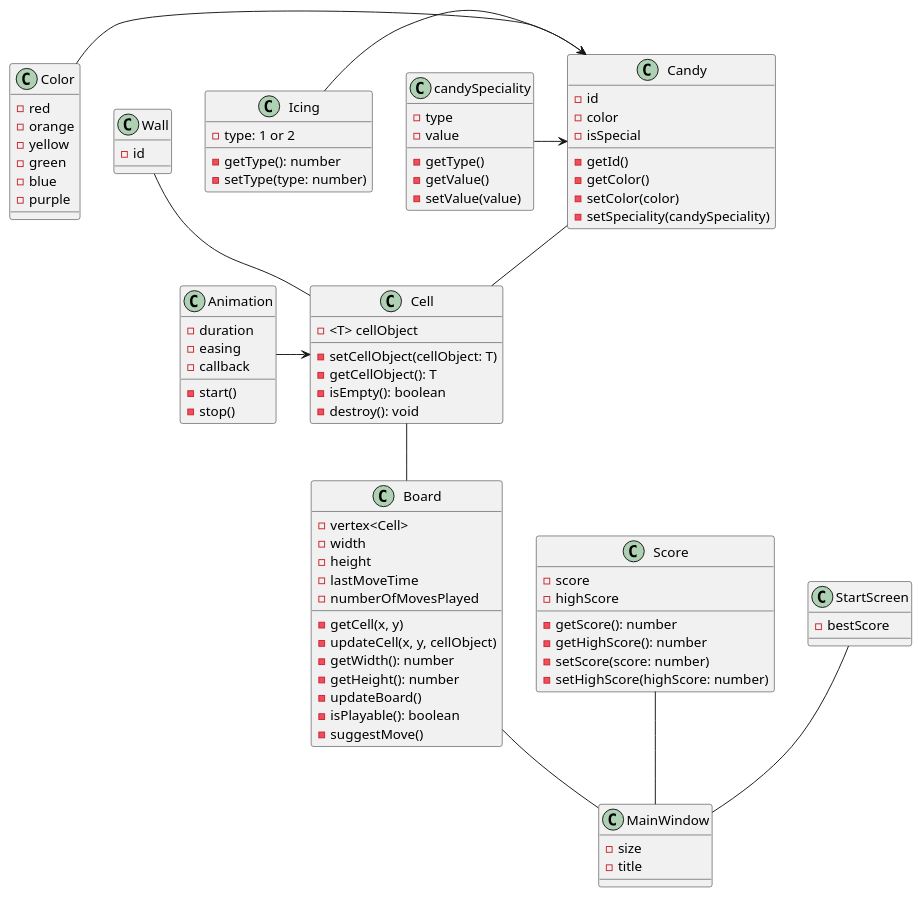
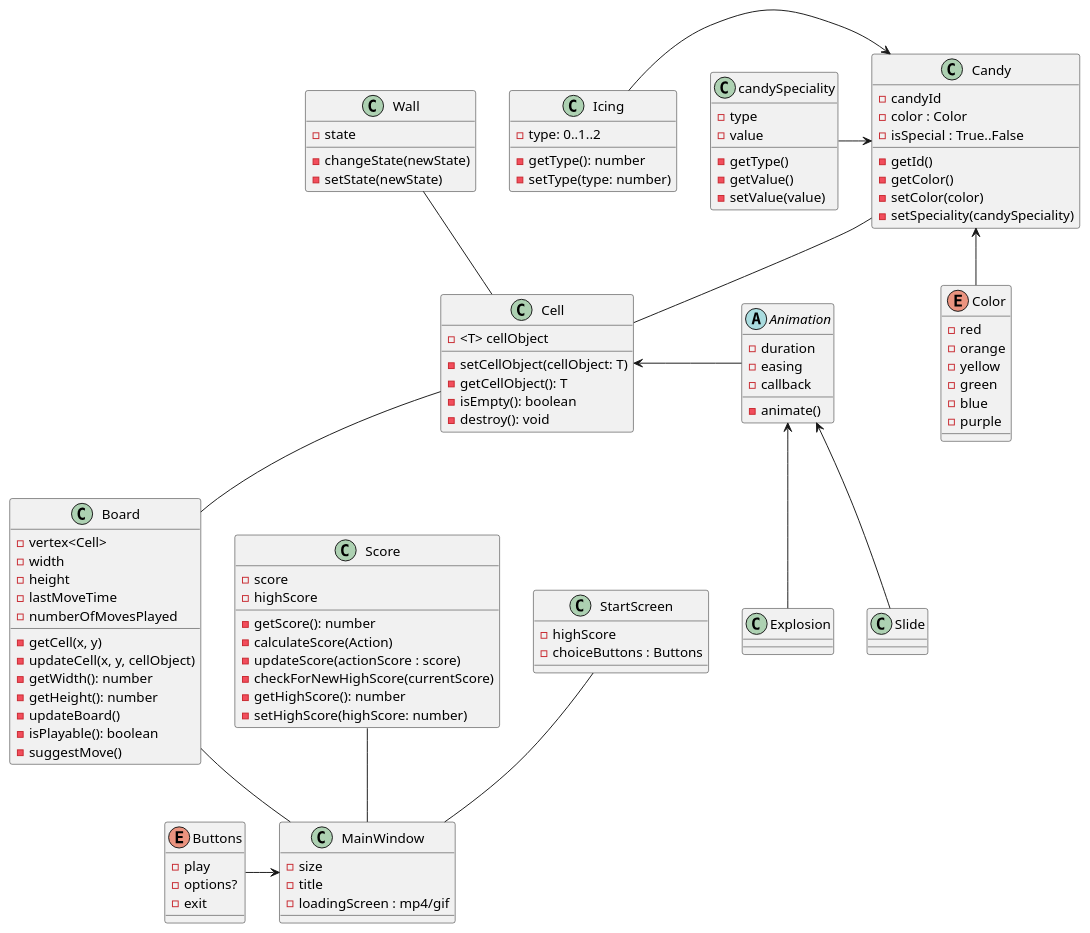
One commit to fnieri/Projet_LDP_2122 changed the diagram in UML_Diagrams/MainDiag.pu. Above: the diagram before and after it, drawn with PlantUML.

Commit message:
[EDIT] Edited clarity and representation of classes, added extra animation and buttons classes

```diff
--- a/UML_Diagrams/MainDiag.pu
+++ b/UML_Diagrams/MainDiag.pu
@@ -1,128 +1,157 @@
 @startuml LDP
 
 class MainWindow {
     'Fields
     - size
     - title
+    - loadingScreen : mp4/gif /' watch pdf '/
 }
 
 class Cell {
     'Fields
     - <T> cellObject
 
     'Methods
     - setCellObject(cellObject: T)
     - getCellObject(): T
     - isEmpty(): boolean
     - destroy(): void
 }
 
+
 class Candy {
     'Fields
-    - id
-    - color
-    - isSpecial
+    - candyId  /' candyId is more understandable'/
+    - color : Color
+    - isSpecial : True..False
 
     'Methods
     - getId()
     - getColor()
     - setColor(color)
     - setSpeciality(candySpeciality)
 }
 
 class candySpeciality {
     'Fields
     - type
     - value
 
     'Methods
     - getType()
     - getValue()
     - setValue(value)
 }
 
 class Wall {
     'Fields
-    - id
+    - state /' state is better than id '/
+
+    'Methods
+    - changeState(newState)
+    - setState(newState)
 }
 
-class Color {
+/'
+Enum > Class?
+Will have to watch how we will implement this to decide
+'/
+enum Color {
     'Fields
     - red
     - orange
     - yellow
     - green
     - blue
     - purple
 
     'Methods
-    }
+}
 
 class Board{
     'Fields
     - vertex<Cell>
     - width
     - height
     - lastMoveTime
     - numberOfMovesPlayed
 
     'Methods
     - getCell(x, y)
     - updateCell(x, y, cellObject)
     - getWidth(): number
     - getHeight(): number
     - updateBoard()
     - isPlayable(): boolean
     - suggestMove()
 }
 
 class Icing{
     'Fields
-    - type: 1 or 2
+    - type: 0..1..2 /' if 0 delete '/
 
     'Methods
     - getType(): number
     - setType(type: number)
 }
 
-class Animation {
+abstract Animation {
     'Fields
     - duration
-    - easing
-    - callback
+    - easing /' What's easing? '/
+    - callback /' What's callback '/
 
     'Methods
-    - start()
-    - stop()
+    - animate()
+    /' Removed start and stop because you would need to call
+    stop 60 times a second? Right? '/
 }
+
+class Slide {}
+
+class Explosion {}
 
 class Score{
     'Fields
     - score
     - highScore
 
     'Methods
     - getScore(): number
+    - calculateScore(Action)
+    - updateScore(actionScore : score)
+    - checkForNewHighScore(currentScore)
     - getHighScore(): number
-    - setScore(score: number)
     - setHighScore(highScore: number)
+
 }
 
 class StartScreen {
     'Fields
-    - bestScore
+    - highScore
+    - choiceButtons : Buttons
 }
 
+enum Buttons {
+    'Fields
+    - play
+    - options?
+    - exit
+
+}
+
+Explosion-up->Animation
+Slide-up->Animation
 Board--MainWindow
 Score--MainWindow
 Cell--Board
 Wall--Cell
 Candy--Cell
-Color->Candy
+Color-up->Candy
 Icing->Candy
 candySpeciality->Candy
 Animation->Cell
 StartScreen--MainWindow
-
-
+Buttons-right->MainWindow
+/' What's the difference between Wall and Icing? '/
 @enduml
```
